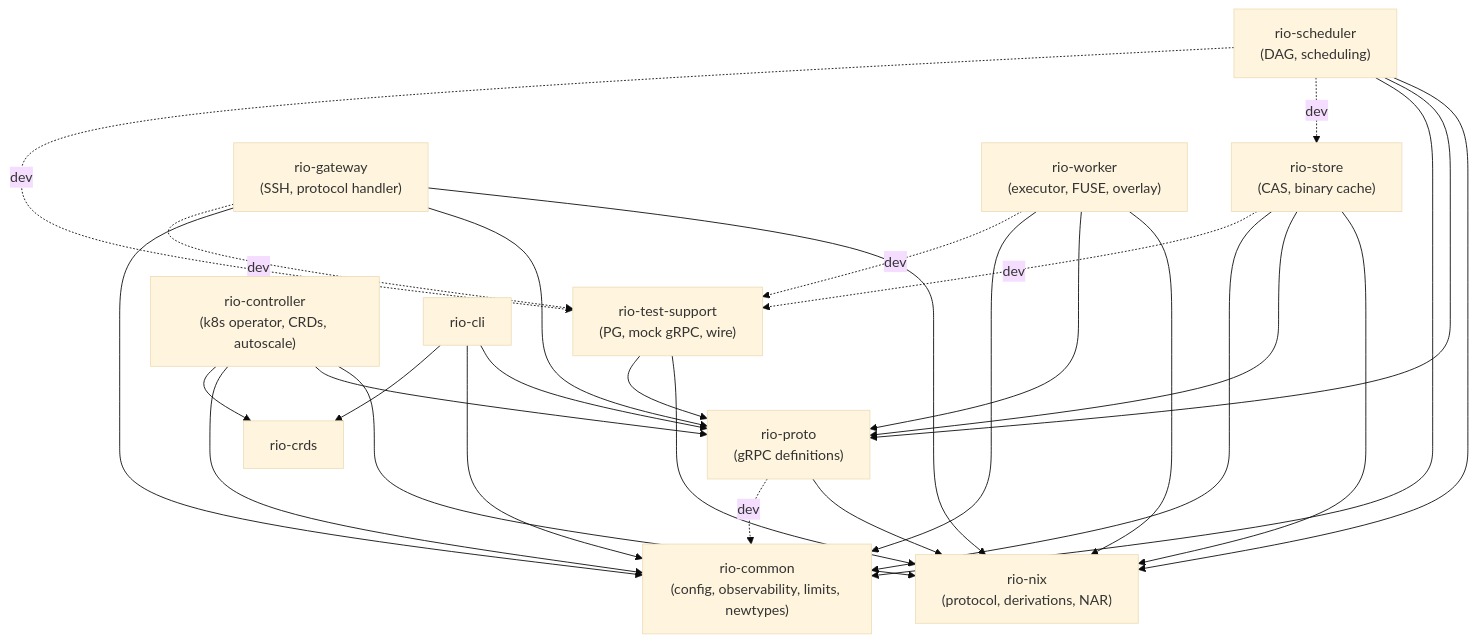
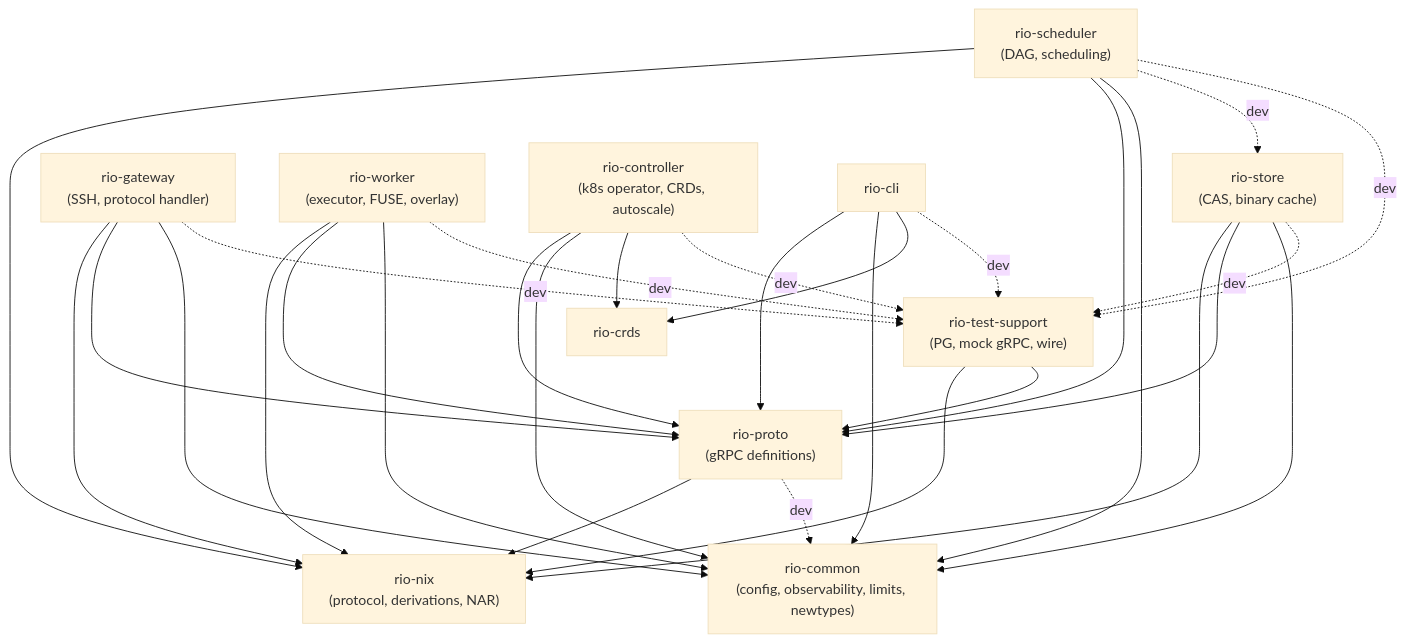
Before and after one commit to Mic92/rio-build: the diagram in docs/src/crate-structure.md, drawn with Mermaid (base theme). The commit also changed other lines of this file and 21 other files, not shown here.

````diff
--- a/docs/src/crate-structure.md
+++ b/docs/src/crate-structure.md
@@ -31,48 +31,49 @@
 ```mermaid
 graph TD
     rio-common["rio-common<br/>(config, observability, limits, newtypes)"]
     rio-nix["rio-nix<br/>(protocol, derivations, NAR)"]
     rio-proto["rio-proto<br/>(gRPC definitions)"]
     rio-test-support["rio-test-support<br/>(PG, mock gRPC, wire)"]
     rio-store["rio-store<br/>(CAS, binary cache)"]
     rio-scheduler["rio-scheduler<br/>(DAG, scheduling)"]
     rio-gateway["rio-gateway<br/>(SSH, protocol handler)"]
     rio-worker["rio-worker<br/>(executor, FUSE, overlay)"]
     rio-controller["rio-controller<br/>(k8s operator, CRDs, autoscale)"]
 
     rio-proto --> rio-nix
     rio-proto -.->|dev| rio-common
 
     rio-test-support --> rio-nix
     rio-test-support --> rio-proto
 
     rio-gateway --> rio-nix
     rio-gateway --> rio-proto
     rio-gateway --> rio-common
     rio-gateway -.->|dev| rio-test-support
 
     rio-worker --> rio-nix
     rio-worker --> rio-proto
     rio-worker --> rio-common
     rio-worker -.->|dev| rio-test-support
 
     rio-scheduler --> rio-nix
     rio-scheduler --> rio-proto
     rio-scheduler --> rio-common
     rio-scheduler -.->|dev| rio-store
     rio-scheduler -.->|dev| rio-test-support
 
     rio-store --> rio-nix
     rio-store --> rio-proto
     rio-store --> rio-common
     rio-store -.->|dev| rio-test-support
 
-    rio-controller --> rio-nix
     rio-controller --> rio-proto
     rio-controller --> rio-common
     rio-controller --> rio-crds
+    rio-controller -.->|dev| rio-test-support
 
     rio-cli --> rio-proto
     rio-cli --> rio-common
     rio-cli --> rio-crds
+    rio-cli -.->|dev| rio-test-support
 ```
````
